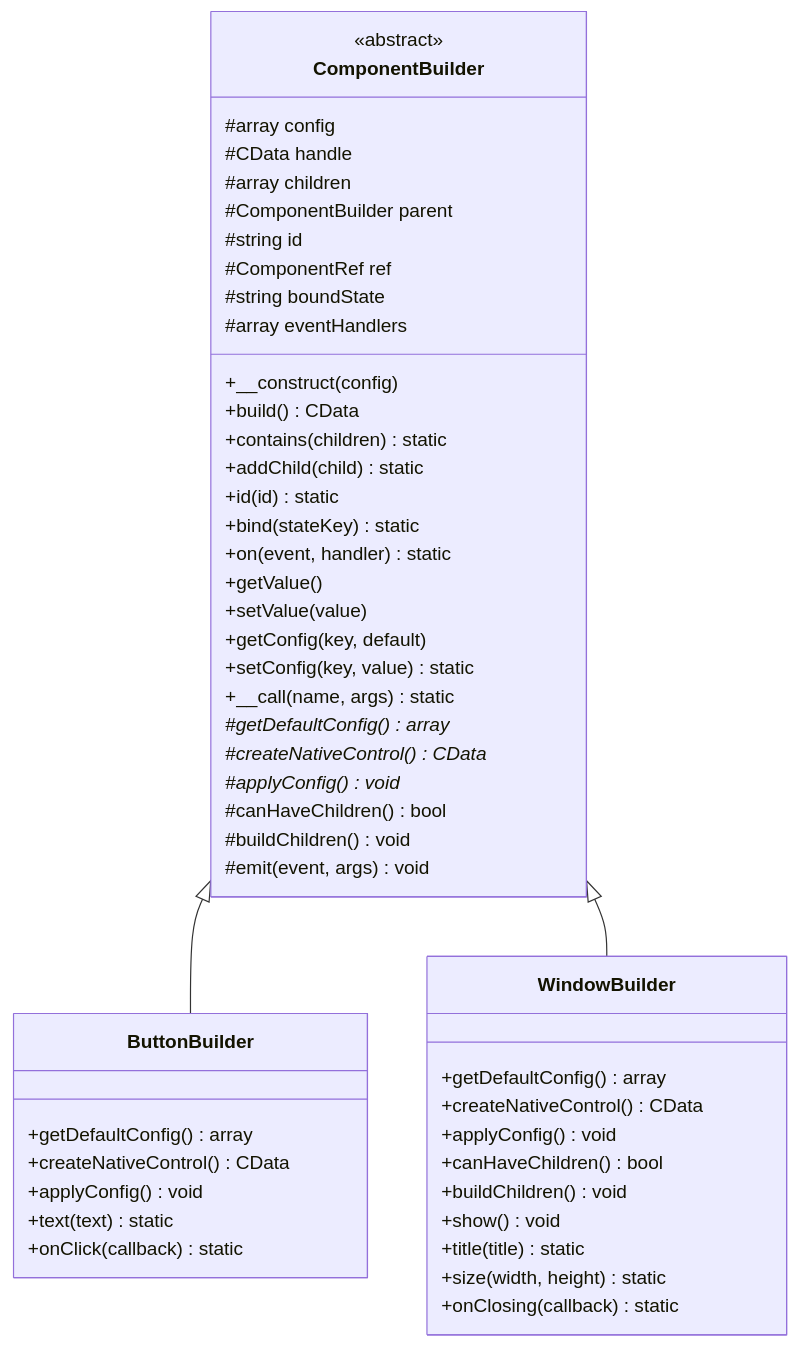
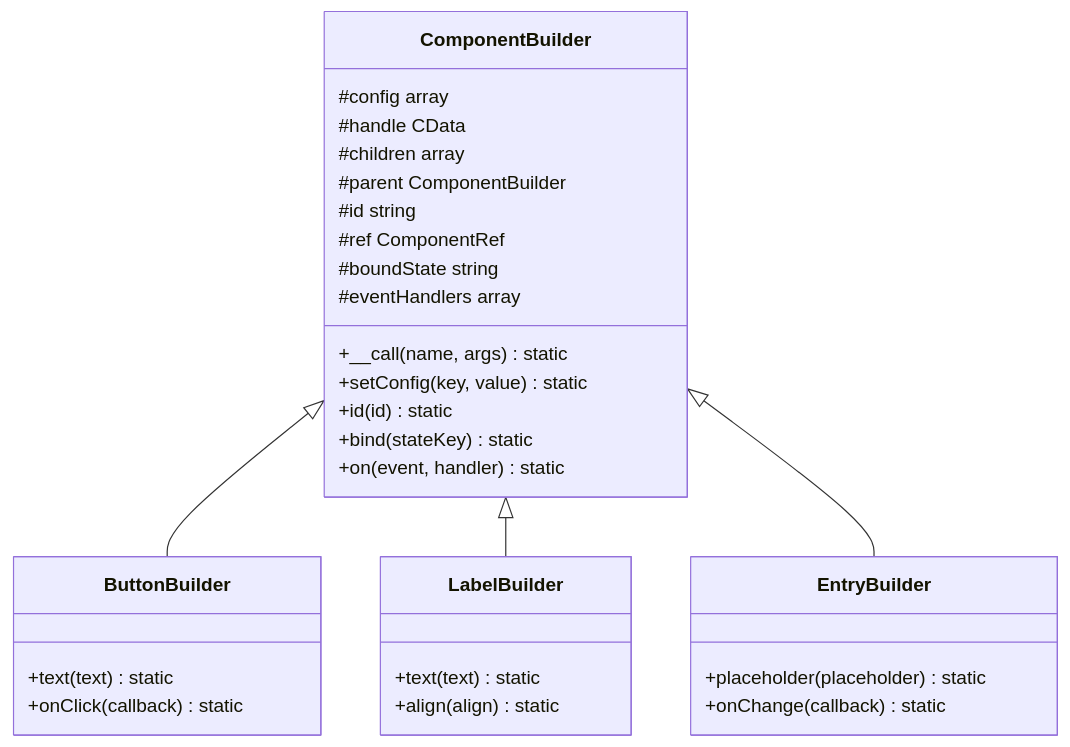
One commit to yangweijie/libuiBuilder changed the first of 5 diagrams in .qoder/repowiki/zh/content/核心概念/核心概念.md. Above: the diagram before and after it, drawn with Mermaid. The commit also changed other lines of this file and 126 other files, not shown here.

````diff
--- a/.qoder/repowiki/zh/content/核心概念/核心概念.md
+++ b/.qoder/repowiki/zh/content/核心概念/核心概念.md
@@ -86,52 +25,33 @@
 ```mermaid
 classDiagram
 class ComponentBuilder {
-<<abstract>>
-#array config
-#CData handle
-#array children
-#ComponentBuilder parent
-#string id
-#ComponentRef ref
-#string boundState
-#array eventHandlers
-+__construct(config)
-+build() CData
-+contains(children) static
-+addChild(child) static
++__call(name, args) static
++setConfig(key, value) static
 +id(id) static
 +bind(stateKey) static
 +on(event, handler) static
-+getValue()
-+setValue(value)
-+getConfig(key, default)
-+setConfig(key, value) static
-+__call(name, args) static
-#getDefaultConfig()* array
-#createNativeControl()* CData
-#applyConfig()* void
-#canHaveChildren() bool
-#buildChildren() void
-#emit(event, args) void
+#config array
+#handle CData
+#children array
+#parent ComponentBuilder
+#id string
+#ref ComponentRef
+#boundState string
+#eventHandlers array
 }
 class ButtonBuilder {
-+getDefaultConfig() array
-+createNativeControl() CData
-+applyConfig() void
 +text(text) static
 +onClick(callback) static
 }
-class WindowBuilder {
-+getDefaultConfig() array
-+createNativeControl() CData
-+applyConfig() void
-+canHaveChildren() bool
-+buildChildren() void
-+show() void
-+title(title) static
-+size(width, height) static
-+onClosing(callback) static
+class LabelBuilder {
++text(text) static
++align(align) static
+}
+class EntryBuilder {
++placeholder(placeholder) static
++onChange(callback) static
 }
 ComponentBuilder <|-- ButtonBuilder
-ComponentBuilder <|-- WindowBuilder
+ComponentBuilder <|-- LabelBuilder
+ComponentBuilder <|-- EntryBuilder
 ```
````
